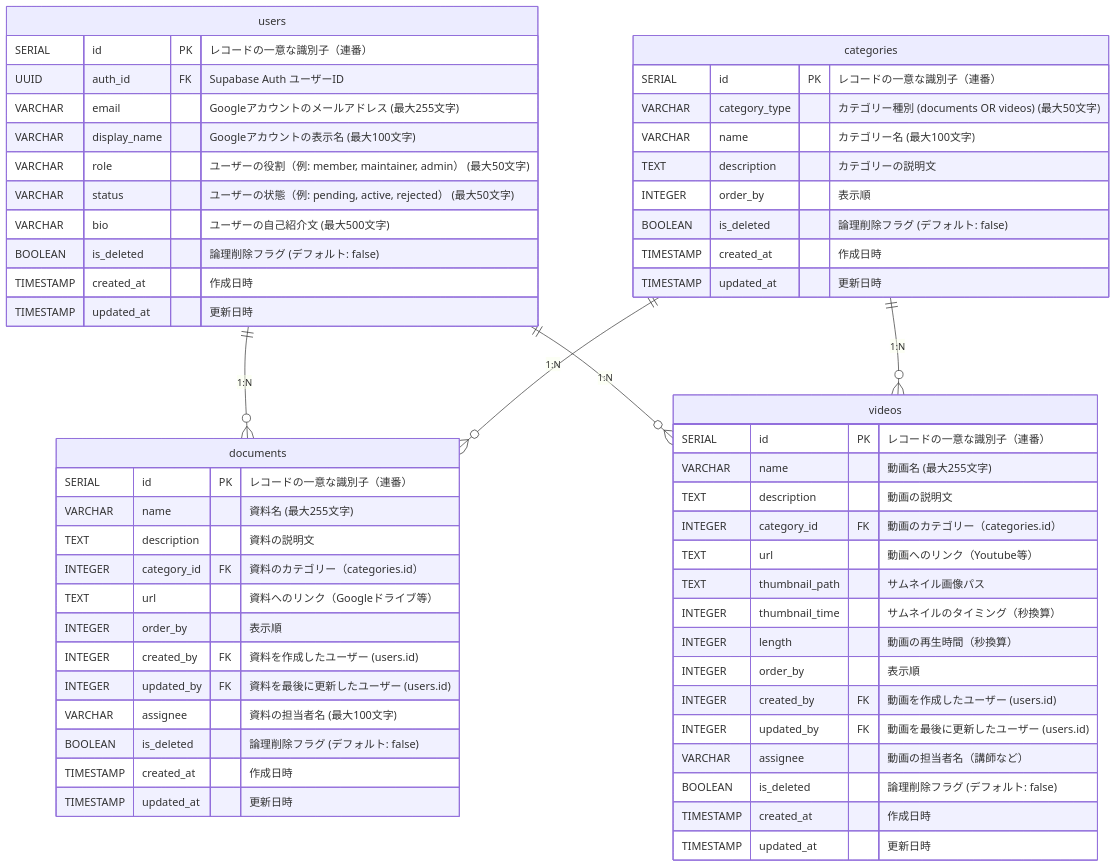
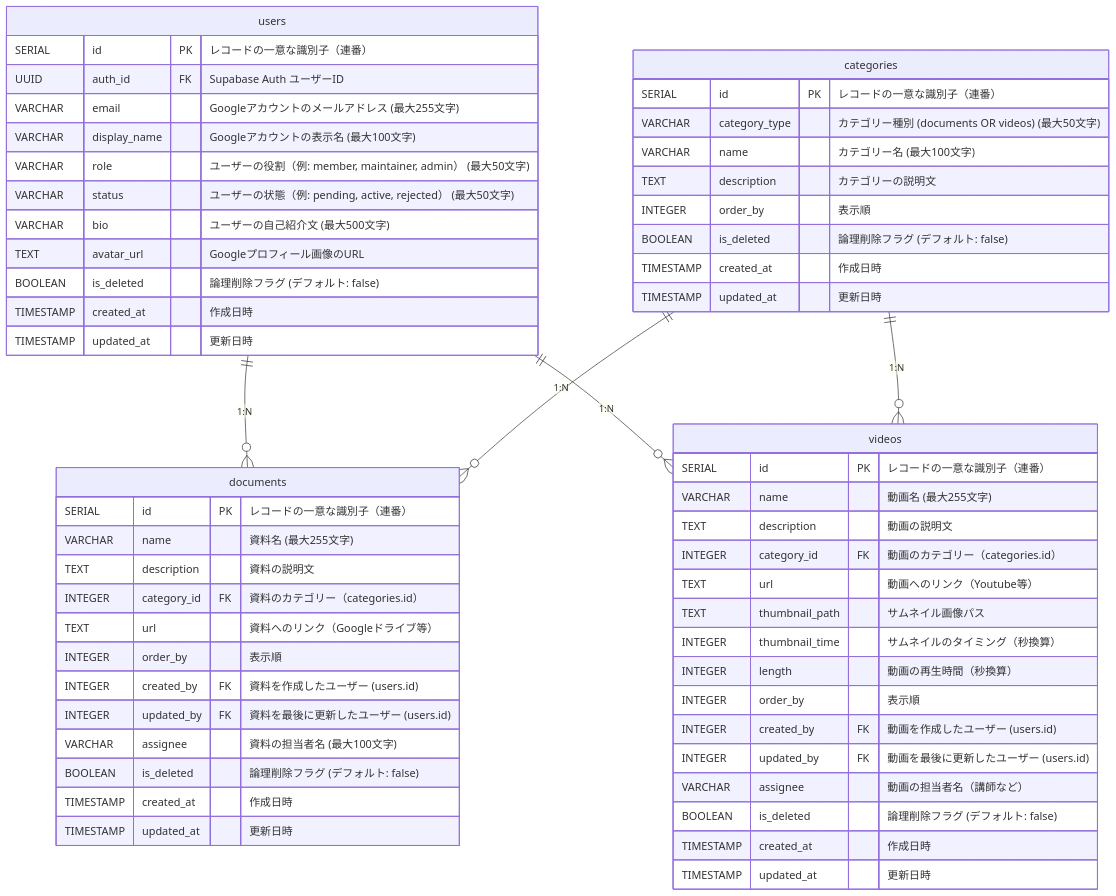
The diagram in docs/database.md (Singuralitylabs/portal-site), drawn with Mermaid before and after one commit. The commit also changed other lines of this file and 1 other file, not shown here.

Commit message:
📝 設計書にavatar_url及びメンバー詳細モーダル情報を追加

````diff
--- a/docs/database.md
+++ b/docs/database.md
@@ -104,64 +105,65 @@
 ```mermaid
 erDiagram
     users {
         SERIAL id PK "レコードの一意な識別子（連番）"
         UUID auth_id FK "Supabase Auth ユーザーID"
         VARCHAR email "Googleアカウントのメールアドレス (最大255文字)"
         VARCHAR display_name "Googleアカウントの表示名 (最大100文字)"
         VARCHAR role "ユーザーの役割（例: member, maintainer, admin） (最大50文字)"
         VARCHAR status "ユーザーの状態（例: pending, active, rejected） (最大50文字)"
         VARCHAR bio "ユーザーの自己紹介文 (最大500文字)"
+        TEXT avatar_url "Googleプロフィール画像のURL"
         BOOLEAN is_deleted "論理削除フラグ (デフォルト: false)"
         TIMESTAMP created_at "作成日時"
         TIMESTAMP updated_at "更新日時"
     }
 
     documents {
         SERIAL id PK "レコードの一意な識別子（連番）"
         VARCHAR name "資料名 (最大255文字)"
         TEXT description "資料の説明文"
         INTEGER category_id FK "資料のカテゴリー（categories.id）"
         TEXT url "資料へのリンク（Googleドライブ等）"
         INTEGER order_by "表示順"
         INTEGER created_by FK "資料を作成したユーザー (users.id)"
         INTEGER updated_by FK "資料を最後に更新したユーザー (users.id)"
         VARCHAR assignee "資料の担当者名 (最大100文字)"
         BOOLEAN is_deleted "論理削除フラグ (デフォルト: false)"
         TIMESTAMP created_at "作成日時"
         TIMESTAMP updated_at "更新日時"
     }
 
     videos {
         SERIAL id PK "レコードの一意な識別子（連番）"
         VARCHAR name "動画名 (最大255文字)"
         TEXT description "動画の説明文"
         INTEGER category_id FK "動画のカテゴリー（categories.id）"
         TEXT url "動画へのリンク（Youtube等）"
         TEXT thumbnail_path "サムネイル画像パス"
         INTEGER thumbnail_time "サムネイルのタイミング（秒換算）"
         INTEGER length "動画の再生時間（秒換算）"
         INTEGER order_by "表示順"
         INTEGER created_by FK "動画を作成したユーザー (users.id)"
         INTEGER updated_by FK "動画を最後に更新したユーザー (users.id)"
         VARCHAR assignee "動画の担当者名（講師など）"
         BOOLEAN is_deleted "論理削除フラグ (デフォルト: false)"
         TIMESTAMP created_at "作成日時"
         TIMESTAMP updated_at "更新日時"
     }
 
     categories {
         SERIAL id PK "レコードの一意な識別子（連番）"
         VARCHAR category_type "カテゴリー種別 (documents OR videos) (最大50文字)"
         VARCHAR name "カテゴリー名 (最大100文字)"
         TEXT description "カテゴリーの説明文"
         INTEGER order_by "表示順"
         BOOLEAN is_deleted "論理削除フラグ (デフォルト: false)"
         TIMESTAMP created_at "作成日時"
         TIMESTAMP updated_at "更新日時"
     }
 
     users ||--o{ documents : "1:N"
     users ||--o{ videos : "1:N"
     categories ||--o{ documents : "1:N"
     categories ||--o{ videos : "1:N"
 ```
````
